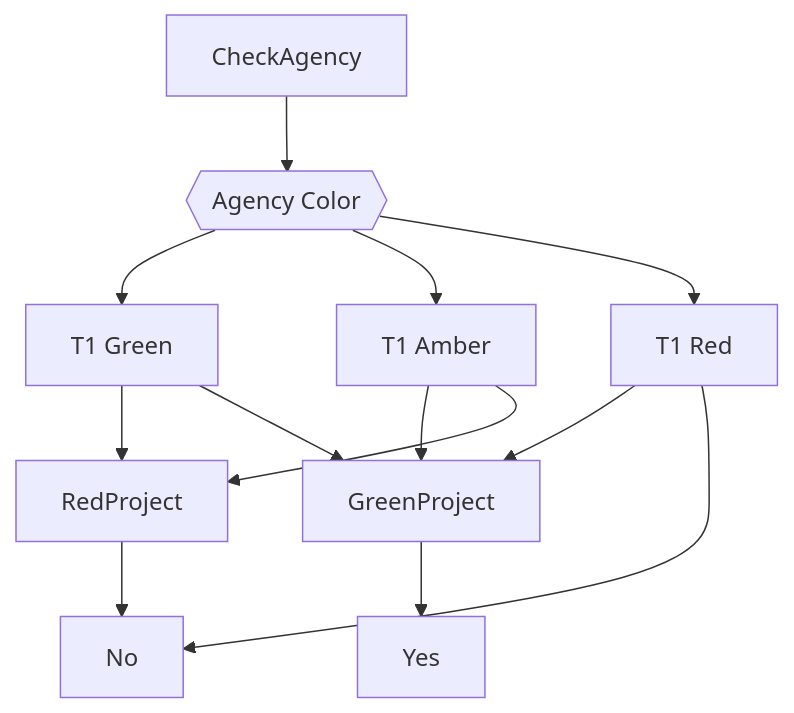
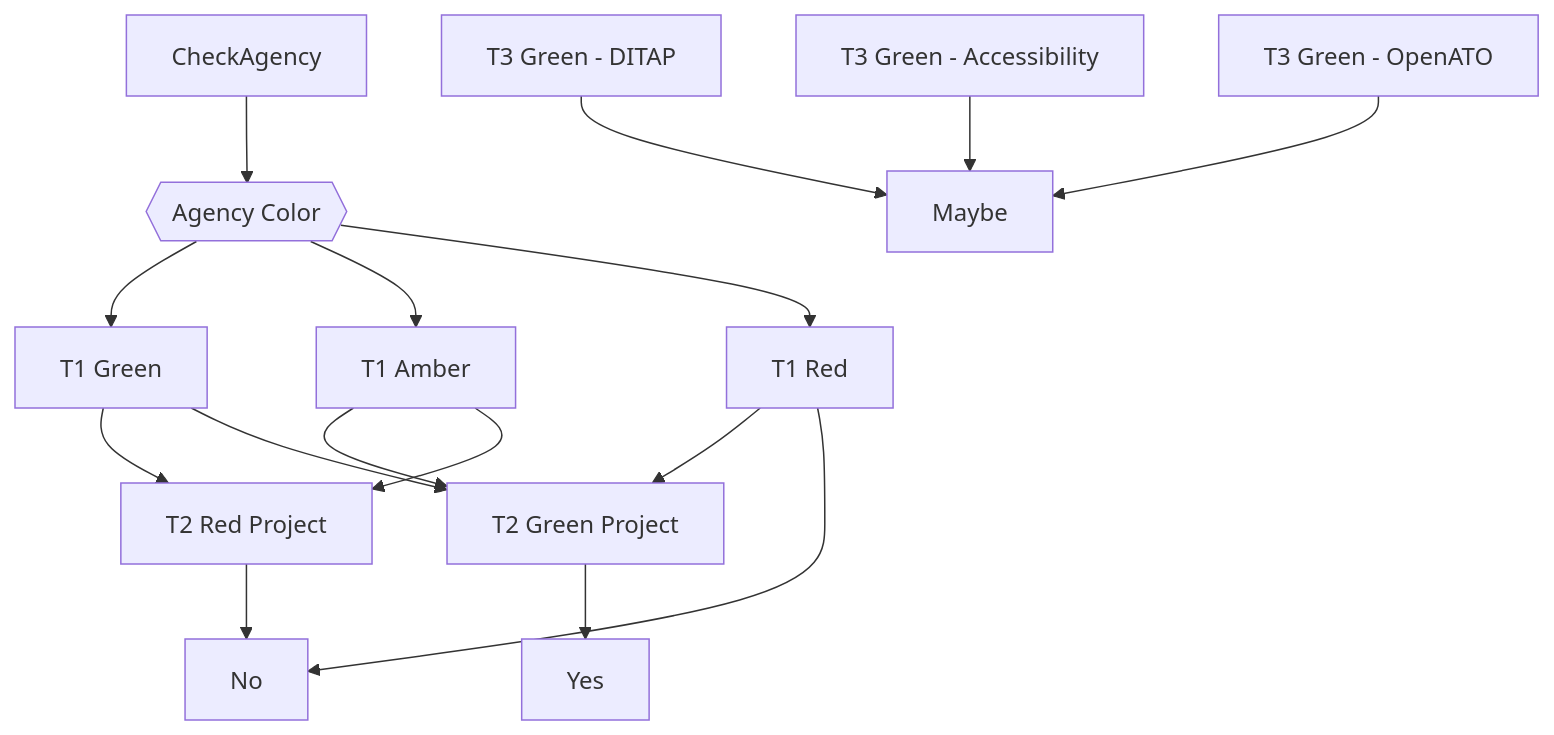
One commit to mgifford/mermaid-graphs changed the first of 2 diagrams in impact.md. Above: the diagram before and after it, drawn with Mermaid. The commit also changed other lines of this file, not shown here.

Commit message:
more thoughts

````diff
--- a/impact.md
+++ b/impact.md
@@ -5,15 +5,18 @@
 ```mermaid
 graph TD
     CheckAgency-->IsGreen{{Agency Color}};
     IsGreen-->GreenAgency[T1 Green];
     IsGreen-->AmberAgency[T1 Amber];
     IsGreen--> RedAgency[T1 Red];
-    RedAgency-->GreenProject;
+    RedAgency-->GreenProject[T2 Green Project];
     RedAgency-->No;
     AmberAgency-->GreenProject;
-    GreenAgency-->RedProject;
+    GreenAgency-->RedProject[T2 Red Project];
     AmberAgency-->RedProject;
     GreenAgency-->GreenProject;
+    GreenGoalDITAP[T3 Green - DITAP]-->Maybe;
+    GreenGoalA11y[T3 Green - Accessibility]-->Maybe;
+    GreenGoalATO[T3 Green - OpenATO]-->Maybe;
     RedProject-->No;
     GreenProject-->Yes;
 ```
````
